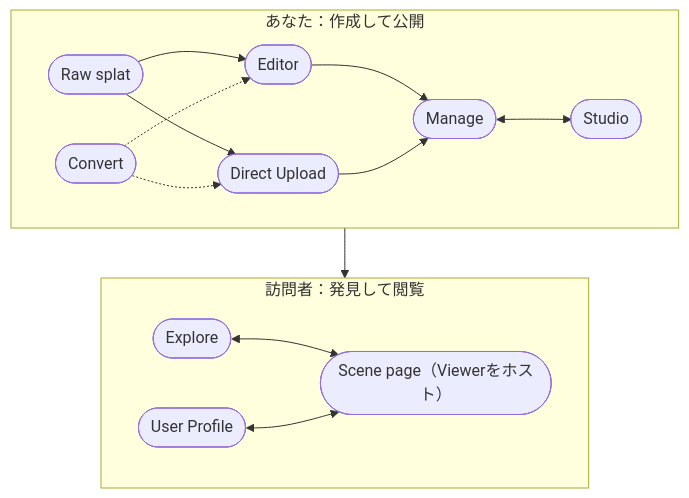
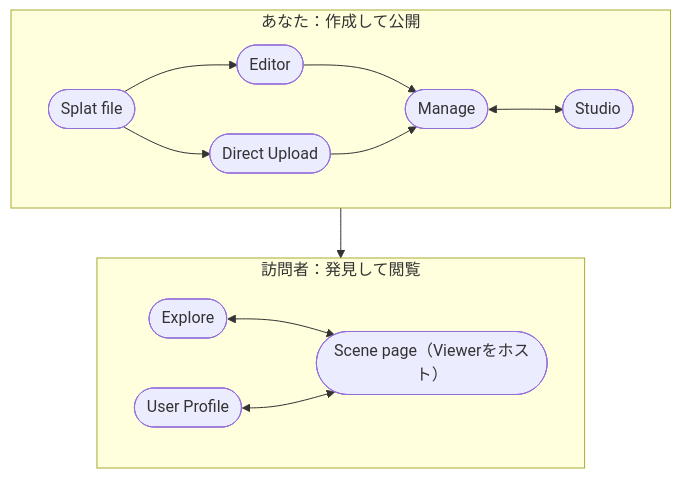
The diagram in i18n/ja/docusaurus-plugin-content-docs/current/user-manual/supersplat/index.md (playcanvas/developer-site), drawn with Mermaid before and after one commit. The commit also changed 1 other file, not shown here.

Commit message:
Simplify overview diagram: drop Convert, rename Raw splat -> Splat file
Convert added side-tool clutter; remove it from the diagram (still in the
platform table / its own page). Rename the input node to "Splat file". EN + JA.

````diff
--- a/i18n/ja/docusaurus-plugin-content-docs/current/user-manual/supersplat/index.md
+++ b/i18n/ja/docusaurus-plugin-content-docs/current/user-manual/supersplat/index.md
@@ -10,21 +10,19 @@
 ```mermaid
 flowchart TB
     subgraph you [あなた：作成して公開]
         direction LR
-        raw([Raw splat]) --> editor([Editor])
+        raw([Splat file]) --> editor([Editor])
         raw --> upload([Direct Upload])
-        convert([Convert]) -.-> editor
-        convert -.-> upload
         editor --> manage([Manage])
         upload --> manage
         manage <--> studio([Studio])
     end
 
     manage --> scene(["Scene page（Viewerをホスト）"])
 
     subgraph visitors [訪問者：発見して閲覧]
         direction LR
         explore([Explore]) <--> scene
         profile([User Profile]) <--> scene
     end
 ```
````
